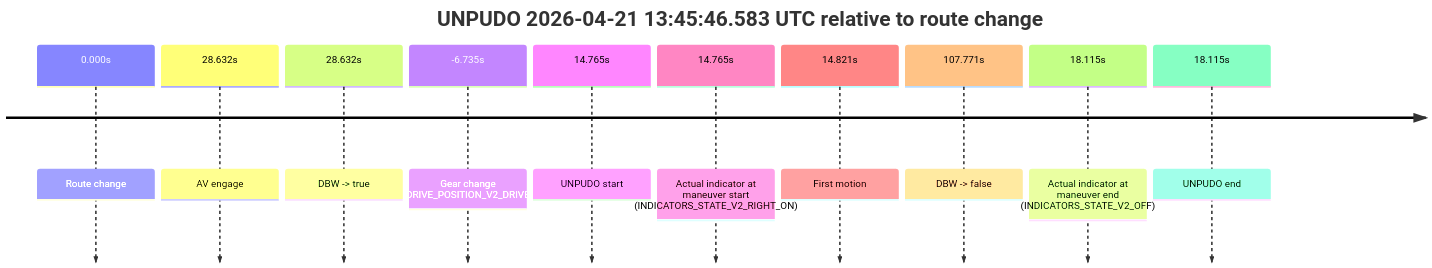
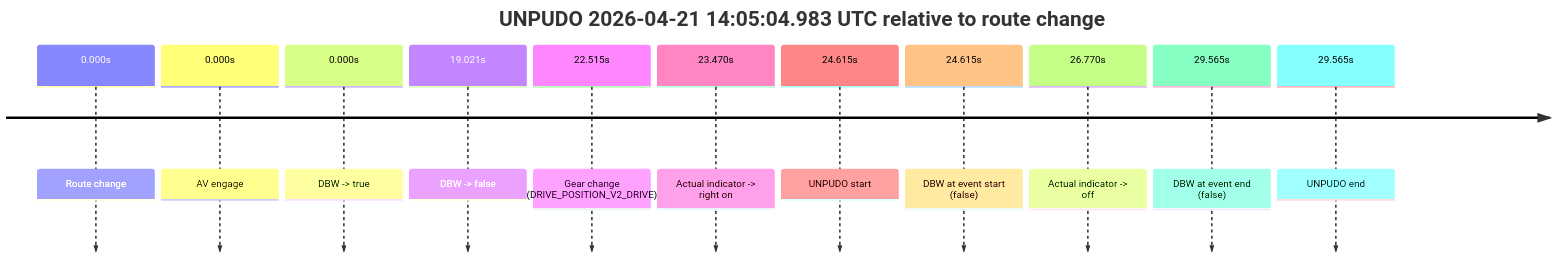
Before and after one commit to yoelshapiro/vault: the second of 5 diagrams in model_analysis/report_cards/2026/04/Week-4/fme20007--2026-04-21--13-31-13--gen2-av-edd2f6bc-fd17-46cf-bafe-1e3feb2422e2.md, drawn with Mermaid. The commit also changed other lines of this file and 1 other file, not shown here.

````diff
--- a/model_analysis/report_cards/2026/04/Week-4/fme20007--2026-04-21--13-31-13--gen2-av-edd2f6bc-fd17-46cf-bafe-1e3feb2422e2.md
+++ b/model_analysis/report_cards/2026/04/Week-4/fme20007--2026-04-21--13-31-13--gen2-av-edd2f6bc-fd17-46cf-bafe-1e3feb2422e2.md
@@ -129,14 +145,15 @@
 ```mermaid
 timeline
-    title UNPUDO 2026-04-21 13:45:46.583 UTC relative to route change
+    title UNPUDO 2026-04-21 14:05:04.983 UTC relative to route change
     0.000s : Route change
-    28.632s : AV engage
-    28.632s : DBW -> true
-    -6.735s : Gear change (DRIVE_POSITION_V2_DRIVE)
-    14.765s : UNPUDO start
-    14.765s : Actual indicator at maneuver start (INDICATORS_STATE_V2_RIGHT_ON)
-    14.821s : First motion
-    107.771s : DBW -> false
-    18.115s : Actual indicator at maneuver end (INDICATORS_STATE_V2_OFF)
-    18.115s : UNPUDO end
+    0.000s : AV engage
+    0.000s : DBW -> true
+    19.021s : DBW -> false
+    22.515s : Gear change (DRIVE_POSITION_V2_DRIVE)
+    23.470s : Actual indicator -> right on
+    24.615s : UNPUDO start
+    24.615s : DBW at event start (false)
+    26.770s : Actual indicator -> off
+    29.565s : DBW at event end (false)
+    29.565s : UNPUDO end
 ```
````
